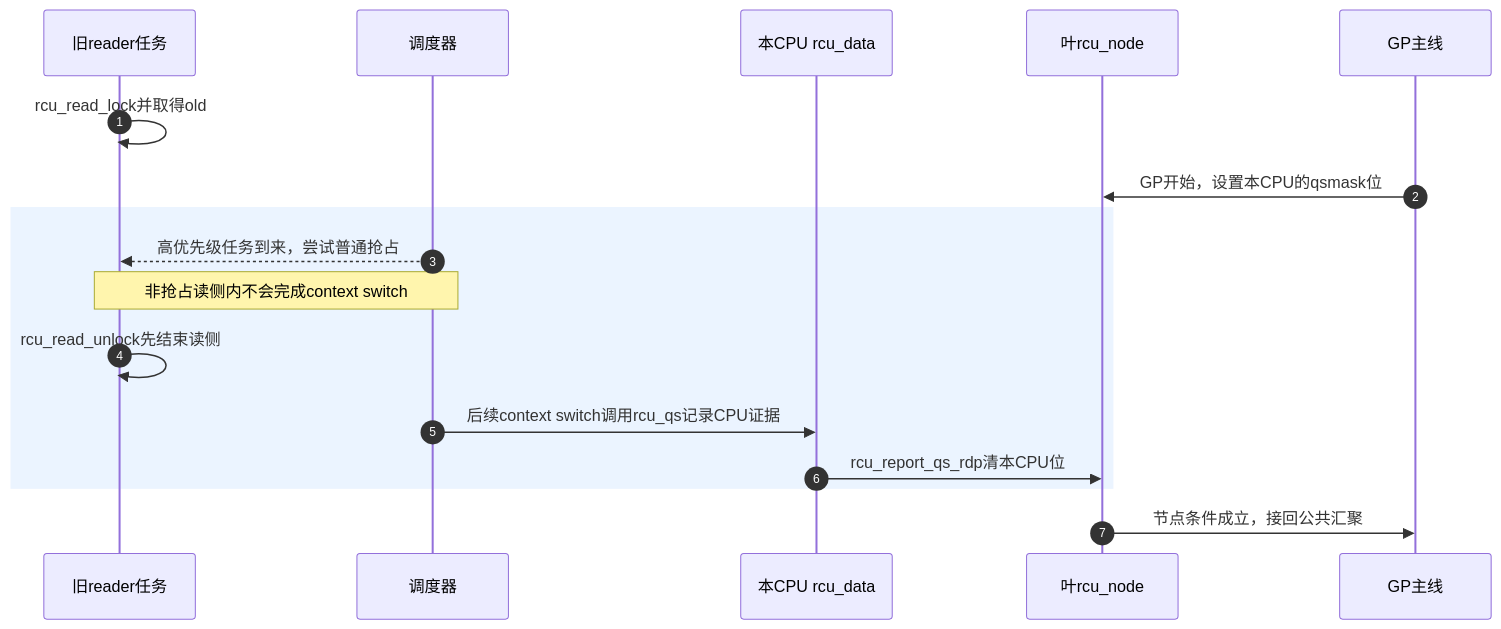
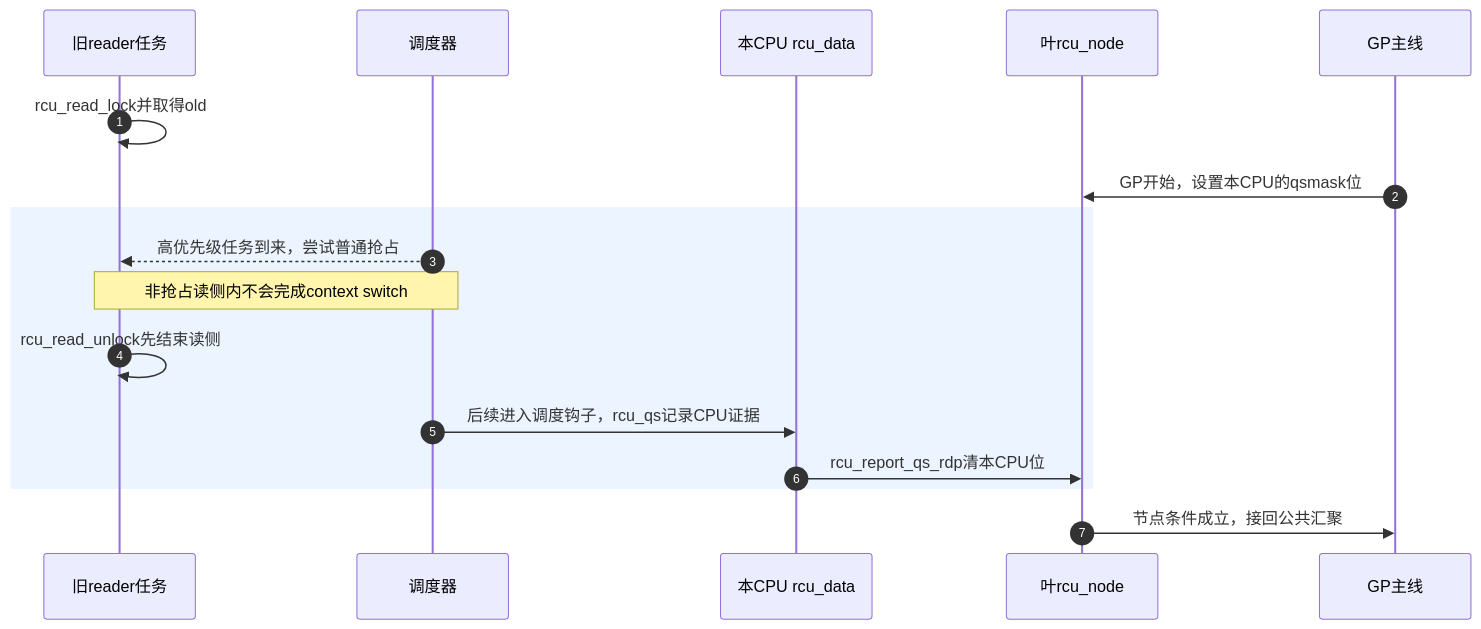
One commit to FormingSystem/linux_note changed the second of 3 diagrams in research/source_reading/rcu/navigation/P02_Linux_6.12_RCU公共接口与读侧模型模块源码概念导读.md. Above: the diagram before and after it, drawn with Mermaid. The commit also changed other lines of this file and 1 other file, not shown here.

First line of the commit message:
docs(rcu/source): 修正读侧债务转移与QS观察时序

````diff
--- a/research/source_reading/rcu/navigation/P02_Linux_6.12_RCU公共接口与读侧模型模块源码概念导读.md
+++ b/research/source_reading/rcu/navigation/P02_Linux_6.12_RCU公共接口与读侧模型模块源码概念导读.md
@@ -148,20 +187,20 @@
 ```mermaid
 sequenceDiagram
     autonumber
     participant T as 旧reader任务
     participant S as 调度器
     participant D as 本CPU rcu_data
     participant N as 叶rcu_node
     participant G as GP主线
 
     T->>T: rcu_read_lock并取得old
     G->>N: GP开始，设置本CPU的qsmask位
     rect rgb(235, 244, 255)
         S-->>T: 高优先级任务到来，尝试普通抢占
         Note over S,T: 非抢占读侧内不会完成context switch
         T->>T: rcu_read_unlock先结束读侧
-        S->>D: 后续context switch调用rcu_qs记录CPU证据
+        S->>D: 后续进入调度钩子，rcu_qs记录CPU证据
         D->>N: rcu_report_qs_rdp清本CPU位
     end
     N->>G: 节点条件成立，接回公共汇聚
 ```
````
